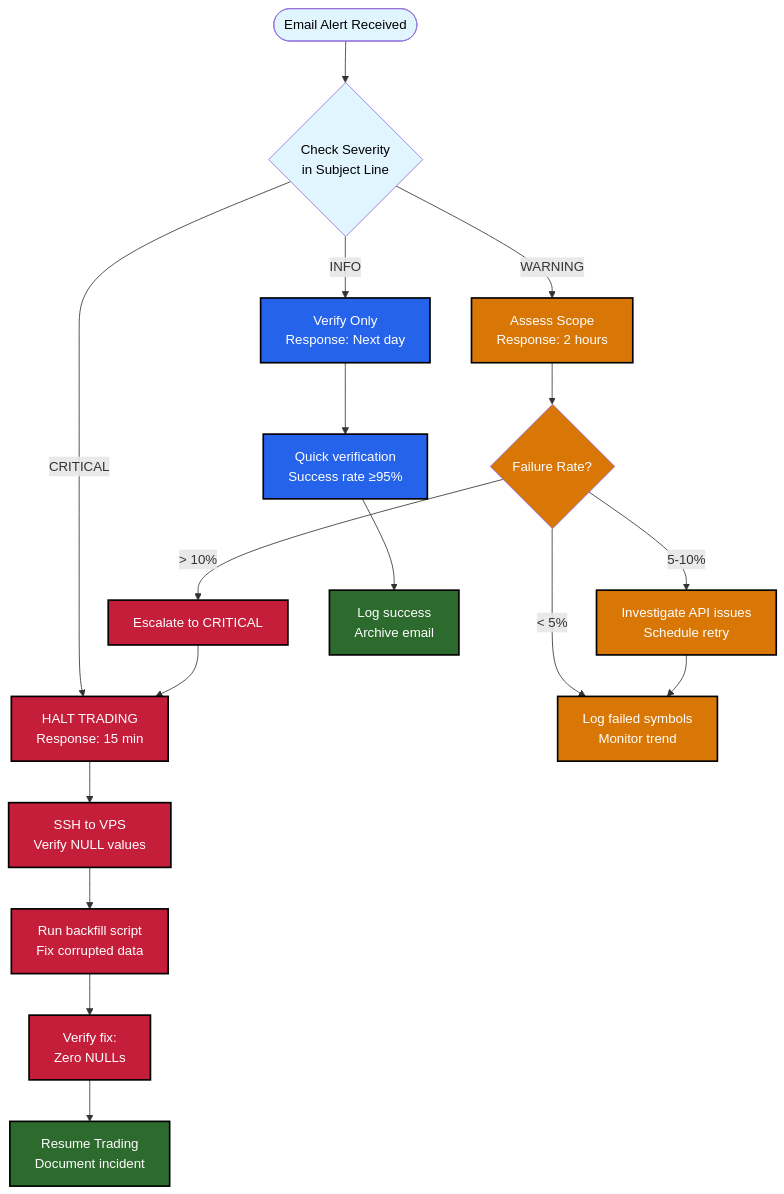
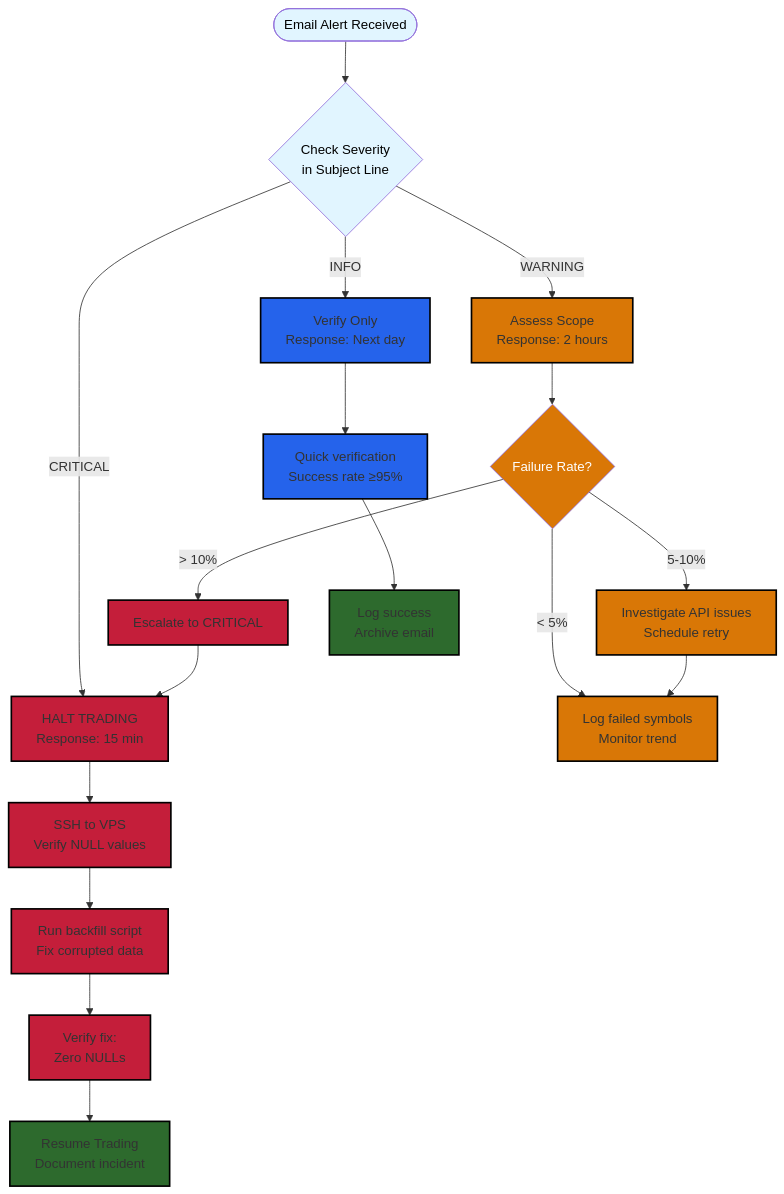
One commit to ouegy/triple-screen-docs changed the diagram in docs/SOPs/SOP-004-email-alert-response.md. Above: the diagram before and after it, drawn with Mermaid. The commit also changed 4 other files, not shown here.

Commit message:
fix: Add !important to flowchart text colors to override Mermaid defaults

````diff
--- a/docs/SOPs/SOP-004-email-alert-response.md
+++ b/docs/SOPs/SOP-004-email-alert-response.md
@@ -68,42 +68,42 @@
 ```mermaid
 graph TD
     Start([Email Alert Received]) --> CheckSeverity{Check Severity<br/>in Subject Line}
 
     %% CRITICAL PATH
     CheckSeverity -->|CRITICAL| Critical[HALT TRADING<br/>Response: 15 min]
     Critical --> SSHVerify[SSH to VPS<br/>Verify NULL values]
     SSHVerify --> RunBackfill[Run backfill script<br/>Fix corrupted data]
     RunBackfill --> VerifyFix[Verify fix:<br/>Zero NULLs]
     VerifyFix --> Resume[Resume Trading<br/>Document incident]
 
     %% WARNING PATH
     CheckSeverity -->|WARNING| Warning[Assess Scope<br/>Response: 2 hours]
     Warning --> CheckRate{Failure Rate?}
     CheckRate -->|< 5%| LogMonitor[Log failed symbols<br/>Monitor trend]
     CheckRate -->|5-10%| Investigate[Investigate API issues<br/>Schedule retry]
     CheckRate -->|> 10%| Escalate[Escalate to CRITICAL]
     Investigate --> LogMonitor
     Escalate --> Critical
 
     %% INFO PATH
     CheckSeverity -->|INFO| Info[Verify Only<br/>Response: Next day]
     Info --> QuickCheck[Quick verification<br/>Success rate ≥95%]
     QuickCheck --> Done[Log success<br/>Archive email]
 
     %% Styling
     style Start fill:#e1f5ff,color:#000
-    style Critical fill:#c41e3a,color:#fff,stroke:#000,stroke-width:2px
-    style SSHVerify fill:#c41e3a,color:#fff,stroke:#000,stroke-width:2px
-    style RunBackfill fill:#c41e3a,color:#fff,stroke:#000,stroke-width:2px
-    style VerifyFix fill:#c41e3a,color:#fff,stroke:#000,stroke-width:2px
-    style Resume fill:#2d6a2d,color:#fff,stroke:#000,stroke-width:2px
-    style Warning fill:#d97706,color:#fff,stroke:#000,stroke-width:2px
-    style LogMonitor fill:#d97706,color:#fff,stroke:#000,stroke-width:2px
-    style Investigate fill:#d97706,color:#fff,stroke:#000,stroke-width:2px
-    style Escalate fill:#c41e3a,color:#fff,stroke:#000,stroke-width:2px
-    style Info fill:#2563eb,color:#fff,stroke:#000,stroke-width:2px
-    style QuickCheck fill:#2563eb,color:#fff,stroke:#000,stroke-width:2px
-    style Done fill:#2d6a2d,color:#fff,stroke:#000,stroke-width:2px
+    style Critical fill:#c41e3a,color:#fff !important,stroke:#000,stroke-width:2px
+    style SSHVerify fill:#c41e3a,color:#fff !important,stroke:#000,stroke-width:2px
+    style RunBackfill fill:#c41e3a,color:#fff !important,stroke:#000,stroke-width:2px
+    style VerifyFix fill:#c41e3a,color:#fff !important,stroke:#000,stroke-width:2px
+    style Resume fill:#2d6a2d,color:#fff !important,stroke:#000,stroke-width:2px
+    style Warning fill:#d97706,color:#fff !important,stroke:#000,stroke-width:2px
+    style LogMonitor fill:#d97706,color:#fff !important,stroke:#000,stroke-width:2px
+    style Investigate fill:#d97706,color:#fff !important,stroke:#000,stroke-width:2px
+    style Escalate fill:#c41e3a,color:#fff !important,stroke:#000,stroke-width:2px
+    style Info fill:#2563eb,color:#fff !important,stroke:#000,stroke-width:2px
+    style QuickCheck fill:#2563eb,color:#fff !important,stroke:#000,stroke-width:2px
+    style Done fill:#2d6a2d,color:#fff !important,stroke:#000,stroke-width:2px
     style CheckSeverity fill:#e1f5ff,color:#000
     style CheckRate fill:#d97706,color:#fff
 ```
````
